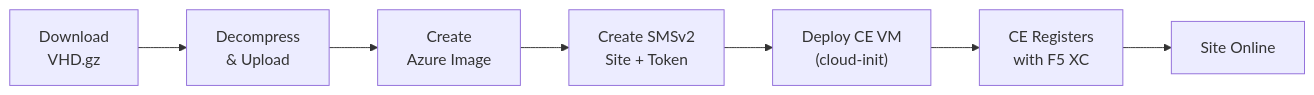
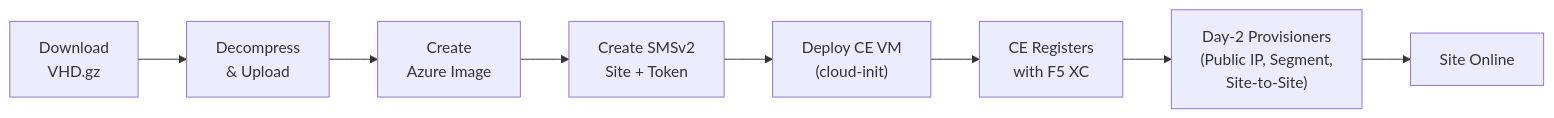
One commit to Mikej81/xc-ce-azure-gov-tf changed the second of 2 diagrams in README.md. Above: the diagram before and after it, drawn with Mermaid. The commit also changed other lines of this file, not shown here.

````diff
--- a/README.md
+++ b/README.md
@@ -245,9 +248,10 @@
 ```mermaid
 graph LR
     A["Download<br/>VHD.gz"] --> B["Decompress<br/>& Upload"]
     B --> C["Create<br/>Azure Image"]
     C --> D["Create SMSv2<br/>Site + Token"]
     D --> E["Deploy CE VM<br/>(cloud-init)"]
     E --> F["CE Registers<br/>with F5 XC"]
-    F --> G["Site Online"]
+    F --> G["Day-2 Provisioners<br/>(Public IP, Segment,<br/>Site-to-Site)"]
+    G --> H["Site Online"]
 ```
````
